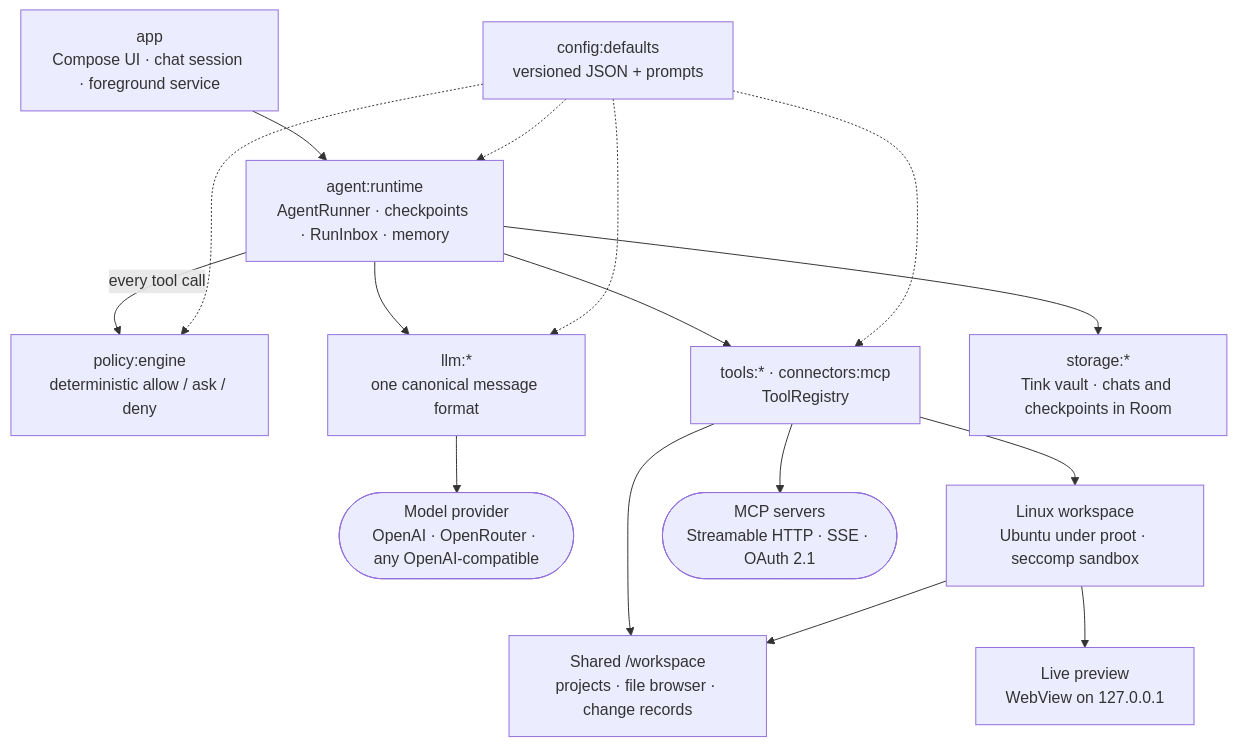
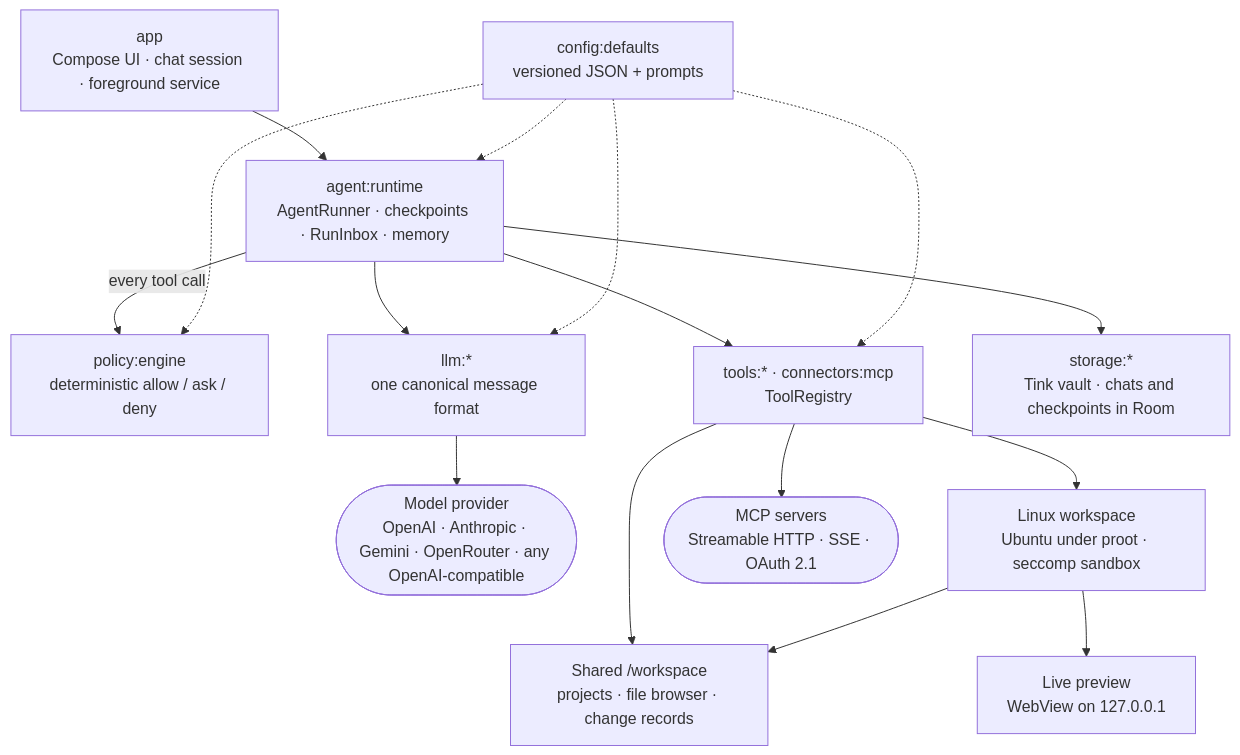
One commit to Arunprakaash/Whittle changed the diagram in README.md. Above: the diagram before and after it, drawn with Mermaid. The commit also changed other lines of this file and 29 other files, not shown here.

````diff
--- a/README.md
+++ b/README.md
@@ -26,27 +26,27 @@
 ```mermaid
 flowchart TB
     UI["app<br/>Compose UI · chat session · foreground service"]
     RUN["agent:runtime<br/>AgentRunner · checkpoints · RunInbox · memory"]
     POL["policy:engine<br/>deterministic allow / ask / deny"]
     LLM["llm:*<br/>one canonical message format"]
     TOOLS["tools:* · connectors:mcp<br/>ToolRegistry"]
     STORE["storage:*<br/>Tink vault · chats and checkpoints in Room"]
     CFG["config:defaults<br/>versioned JSON + prompts"]
-    PROV(["Model provider<br/>OpenAI · OpenRouter · any OpenAI-compatible"])
+    PROV(["Model provider<br/>OpenAI · Anthropic · Gemini · OpenRouter · any OpenAI-compatible"])
     SANDBOX["Linux workspace<br/>Ubuntu under proot · seccomp sandbox"]
     FILES["Shared /workspace<br/>projects · file browser · change records"]
     PREVIEW["Live preview<br/>WebView on 127.0.0.1"]
     MCP(["MCP servers<br/>Streamable HTTP · SSE · OAuth 2.1"])
 
     UI --> RUN
     RUN --> LLM --> PROV
     RUN -- every tool call --> POL
     RUN --> TOOLS
     RUN --> STORE
     TOOLS --> SANDBOX
     TOOLS --> FILES
     SANDBOX --> FILES
     SANDBOX --> PREVIEW
     TOOLS --> MCP
     CFG -.-> RUN & POL & TOOLS & LLM
 ```
````
